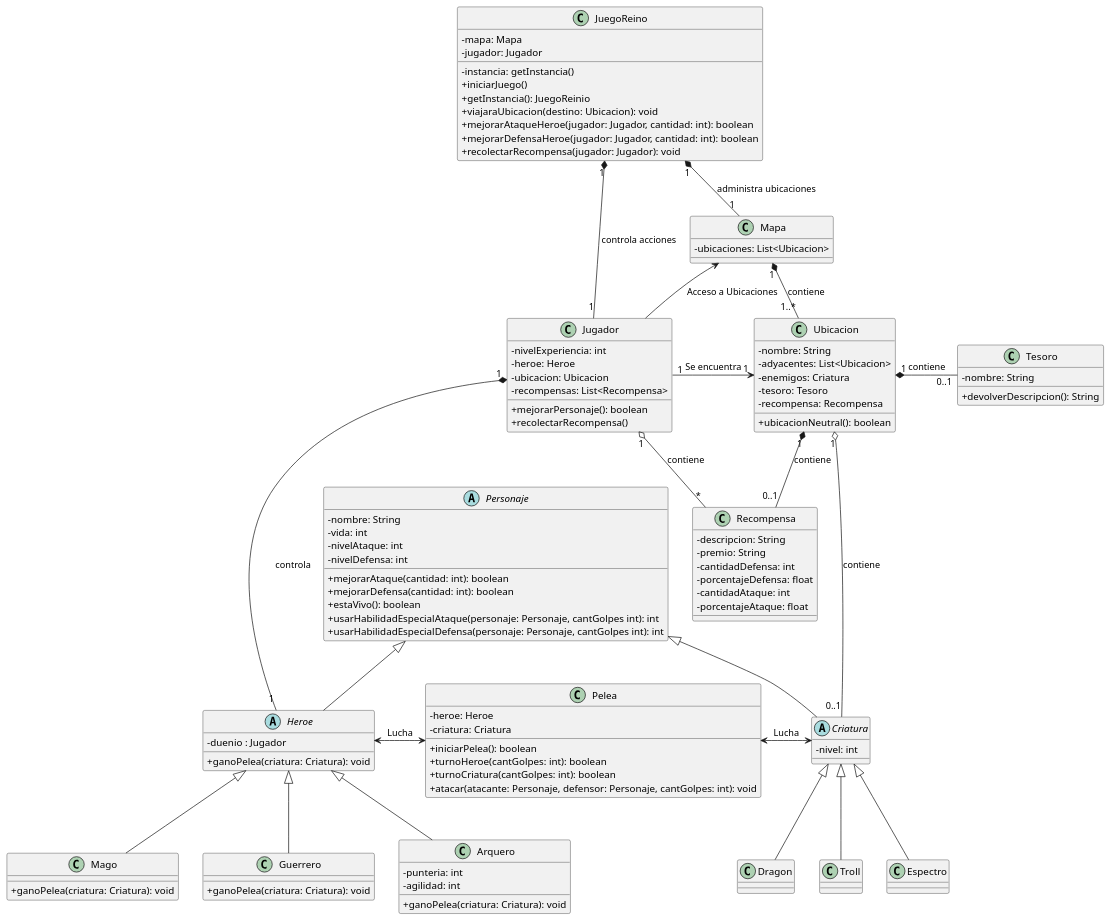
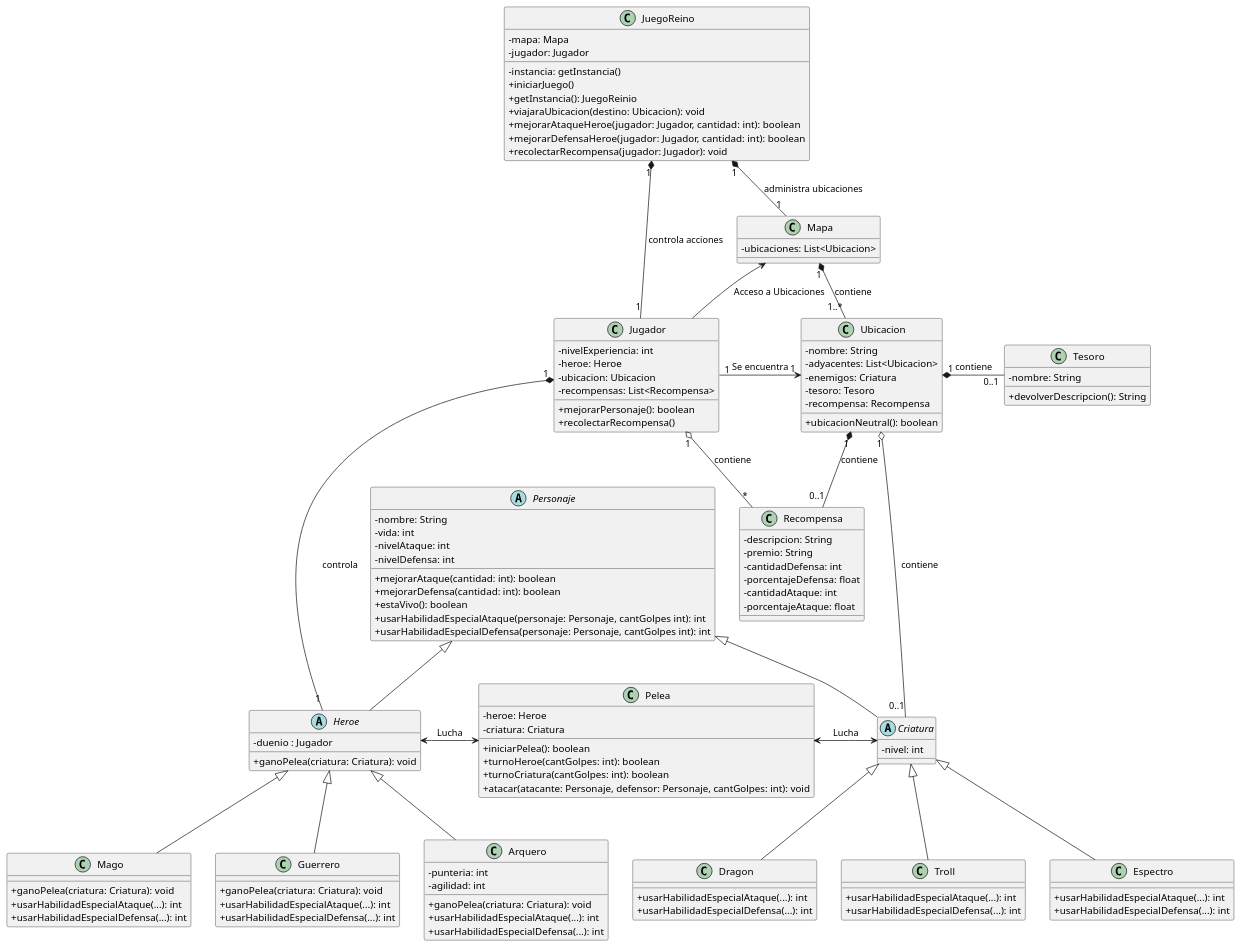
One commit to lucas-abalos/POO_24C2_TPO_Grupo-11 changed the diagram in El Desafío del Reino Encantado/diagramaUML.puml. Above: the diagram before and after it, drawn with PlantUML. The commit also changed 7 other files, not shown here.

```diff
--- a/El Desafío del Reino Encantado/diagramaUML.puml
+++ b/El Desafío del Reino Encantado/diagramaUML.puml
@@ -1,127 +1,139 @@
 @startuml reinoEncantado
 skinparam classAttributeIconSize 0
 
 class Jugador{
 - nivelExperiencia: int
 - heroe: Heroe
 - ubicacion: Ubicacion
 - recompensas: List<Recompensa>
 + mejorarPersonaje(): boolean
 + recolectarRecompensa()
 }
 
 abstract class Personaje{
 - nombre: String
 - vida: int
 - nivelAtaque: int
 - nivelDefensa: int
 + mejorarAtaque(cantidad: int): boolean
 + mejorarDefensa(cantidad: int): boolean
 + estaVivo(): boolean
 + usarHabilidadEspecialAtaque(personaje: Personaje, cantGolpes int): int
 + usarHabilidadEspecialDefensa(personaje: Personaje, cantGolpes int): int
 }
 
 abstract class Heroe{
 - duenio : Jugador
 + ganoPelea(criatura: Criatura): void
 }
 
 abstract class Criatura{
 - nivel: int
 }
 
 class Mago{
 + ganoPelea(criatura: Criatura): void
++ usarHabilidadEspecialAtaque(...): int
++ usarHabilidadEspecialDefensa(...): int
 }
 
 class Guerrero{
 + ganoPelea(criatura: Criatura): void
++ usarHabilidadEspecialAtaque(...): int
++ usarHabilidadEspecialDefensa(...): int
 }
 
 class Arquero{
 - punteria: int
 - agilidad: int
 + ganoPelea(criatura: Criatura): void
++ usarHabilidadEspecialAtaque(...): int
++ usarHabilidadEspecialDefensa(...): int
 }
 
 class Dragon{
++ usarHabilidadEspecialAtaque(...): int
++ usarHabilidadEspecialDefensa(...): int
 }
 
 class Troll{
++ usarHabilidadEspecialAtaque(...): int
++ usarHabilidadEspecialDefensa(...): int
 }
 
 class Espectro{
++ usarHabilidadEspecialAtaque(...): int
++ usarHabilidadEspecialDefensa(...): int
 }
 
 class Pelea{
 -heroe: Heroe
 -criatura: Criatura
 + iniciarPelea(): boolean
 + turnoHeroe(cantGolpes: int): boolean
 + turnoCriatura(cantGolpes: int): boolean
 + atacar(atacante: Personaje, defensor: Personaje, cantGolpes: int): void
 }
 
 class Mapa{
 - ubicaciones: List<Ubicacion>
 }
 
 class Ubicacion{
 - nombre: String
 - adyacentes: List<Ubicacion>
 - enemigos: Criatura
 - tesoro: Tesoro
 - recompensa: Recompensa
 + ubicacionNeutral(): boolean
 }
 
 class Recompensa {
 - descripcion: String
 - premio: String
 - cantidadDefensa: int
 - porcentajeDefensa: float
 - cantidadAtaque: int
 - porcentajeAtaque: float
 }
 
 class Tesoro{
 - nombre: String
 + devolverDescripcion(): String
 }
 
 class JuegoReino {
 - instancia: getInstancia()
 - mapa: Mapa
 - jugador: Jugador
 + iniciarJuego()
 + getInstancia(): JuegoReinio
 + viajaraUbicacion(destino: Ubicacion): void
 + mejorarAtaqueHeroe(jugador: Jugador, cantidad: int): boolean
 + mejorarDefensaHeroe(jugador: Jugador, cantidad: int): boolean
 + recolectarRecompensa(jugador: Jugador): void
 }
 
 
 Jugador "1" *--- "1" Heroe: controla
 Personaje <|-- Heroe
 Personaje <|-- Criatura
 Heroe <|-- Arquero
 Heroe <|-- Mago
 Heroe <|-- Guerrero
 Criatura <|-- Dragon
 Criatura <|-- Troll
 Criatura <|-- Espectro
 Heroe <-> Pelea: Lucha
 Pelea <-> Criatura: Lucha
 Mapa <-- Jugador: Acceso a Ubicaciones
 Jugador "1" -> "1" Ubicacion: Se encuentra
 Mapa "1" *- "1..*" Ubicacion: contiene
 Ubicacion "1" o--- "0..1" Criatura: contiene
 Ubicacion "1" *- "0..1" Tesoro: contiene
 Ubicacion "1" *- "0..1" Recompensa: contiene
 Jugador "1" o-- "*" Recompensa: contiene
 JuegoReino "1" *-- "1" Jugador: controla acciones
 JuegoReino "1" *-- "1" Mapa: administra ubicaciones
 
 @enduml
```
